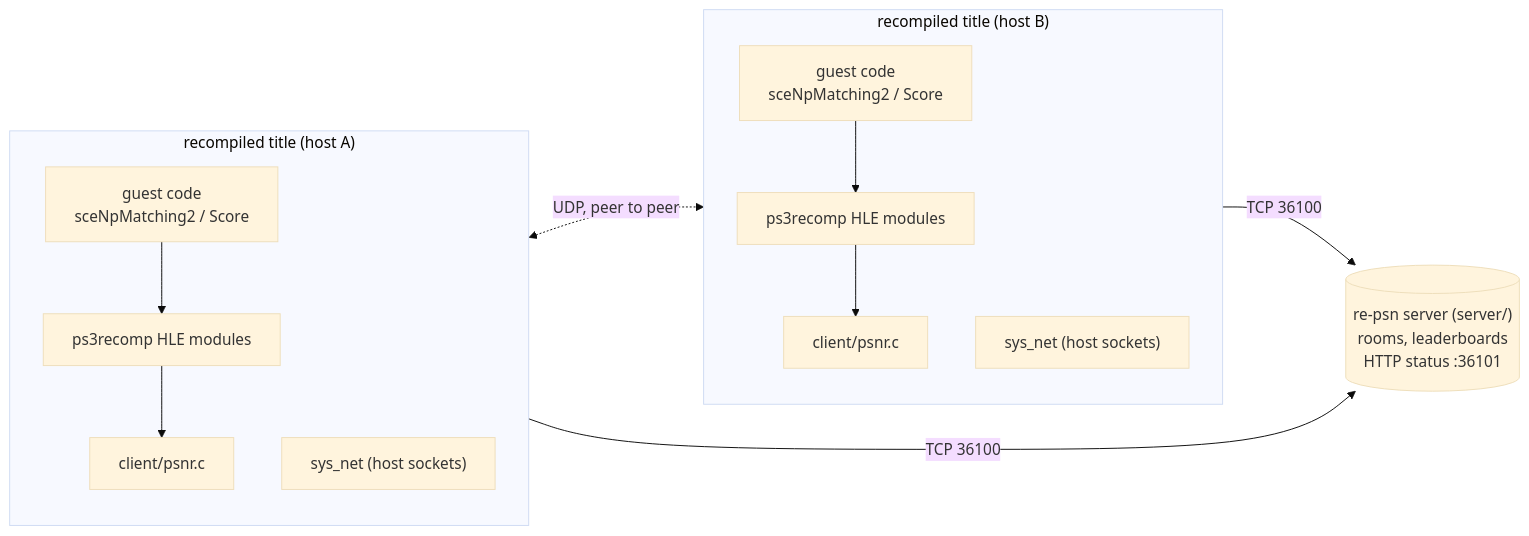
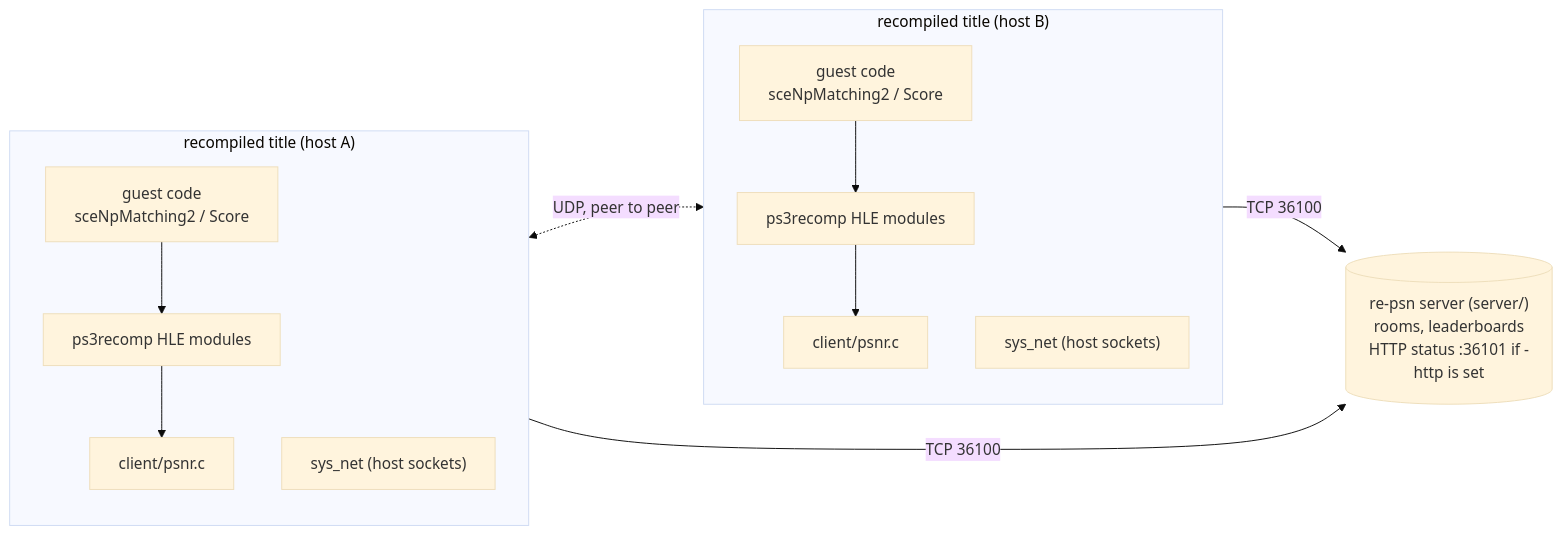
The first of 4 diagrams in docs/architecture.md (Tzeentchnet/re-psn), drawn with Mermaid (base theme) before and after one commit. The commit also changed 24 other files, not shown here.

````diff
--- a/docs/architecture.md
+++ b/docs/architecture.md
@@ -17,19 +17,19 @@
 ```mermaid
 flowchart LR
   subgraph A["recompiled title (host A)"]
     direction TB
     ga["guest code<br/>sceNpMatching2 / Score"] --> ha["ps3recomp HLE modules"]
     ha --> ca["client/psnr.c"]
     sa["sys_net (host sockets)"]
   end
   subgraph B["recompiled title (host B)"]
     direction TB
     gb["guest code<br/>sceNpMatching2 / Score"] --> hb["ps3recomp HLE modules"]
     hb --> cb["client/psnr.c"]
     sb["sys_net (host sockets)"]
   end
-  srv[("re-psn server (server/)<br/>rooms, leaderboards<br/>HTTP status :36101")]
+  srv[("re-psn server (server/)<br/>rooms, leaderboards<br/>HTTP status :36101 if -http is set")]
   ca -- "TCP 36100" --> srv
   cb -- "TCP 36100" --> srv
   sa <-. "UDP, peer to peer" .-> sb
 ```
````
